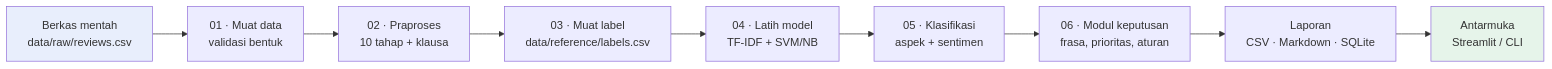
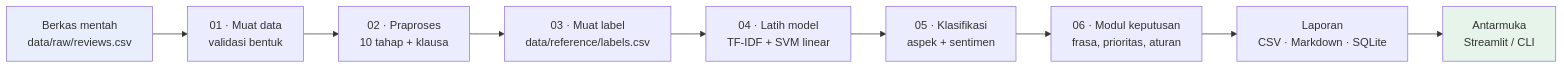
The diagram in docs/ALUR.md (Badiii098/restaurant-review-analytics), drawn with Mermaid before and after one commit. The commit also changed other lines of this file and 1 other file, not shown here.

````diff
--- a/docs/ALUR.md
+++ b/docs/ALUR.md
@@ -9,14 +9,14 @@
 ```mermaid
 flowchart LR
     A["Berkas mentah<br/>data/raw/reviews.csv"] --> B["01 · Muat data<br/>validasi bentuk"]
     B --> C["02 · Praproses<br/>10 tahap + klausa"]
     C --> D["03 · Muat label<br/>data/reference/labels.csv"]
-    D --> E["04 · Latih model<br/>TF-IDF + SVM/NB"]
+    D --> E["04 · Latih model<br/>TF-IDF + SVM linear"]
     E --> F["05 · Klasifikasi<br/>aspek + sentimen"]
     F --> G["06 · Modul keputusan<br/>frasa, prioritas, aturan"]
     G --> H["Laporan<br/>CSV · Markdown · SQLite"]
     H --> I["Antarmuka<br/>Streamlit / CLI"]
 
     style A fill:#e8eefc
     style I fill:#e6f4ea
 ```
````
